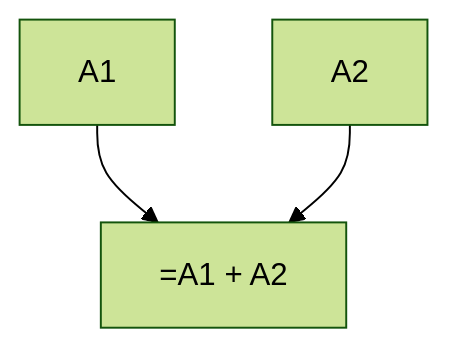
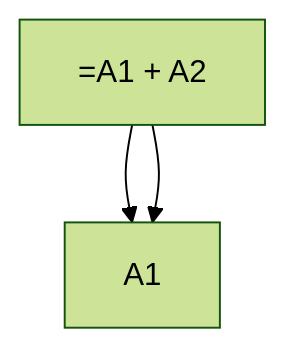
Before and after one commit to dalager/graphedexcel: the first of 2 diagrams in README.md, drawn with Mermaid (forest theme).

````diff
--- a/README.md
+++ b/README.md
@@ -18,6 +18,6 @@
 ```mermaid
 graph TD
-    A1 --> A3
-    A2 --> A3
+    A3 --> A1
+    A3 --> A1
     A3["=A1 + A2"]
 ```
````
